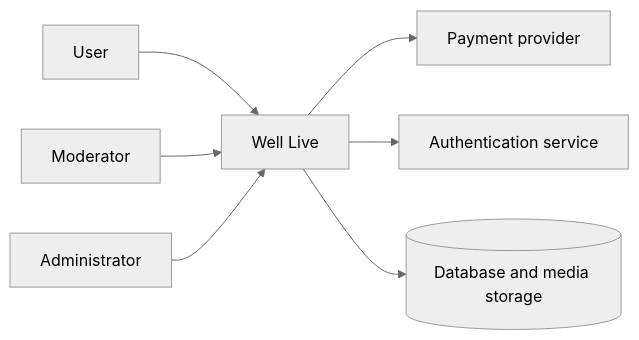
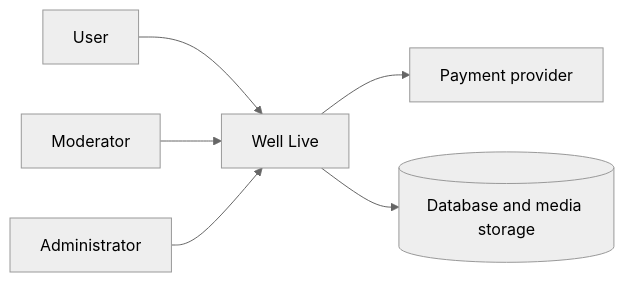
The second of 2 diagrams in docs/requirements/vision-and-scope.md (eggsbenedict287/tcu-cosc-40493-capstone-well-live), drawn with Mermaid (neutral theme) before and after one commit. The commit also changed 3 other files, not shown here.

````diff
--- a/docs/requirements/vision-and-scope.md
+++ b/docs/requirements/vision-and-scope.md
@@ -320,9 +320,8 @@
 ```mermaid
 flowchart LR
   User[User] --> WL[Well Live]
   Moderator[Moderator] --> WL
   Admin[Administrator] --> WL
   WL --> Payment[Payment provider]
-  WL --> Auth[Authentication service]
   WL --> Storage[(Database and media storage)]
 ```
````
